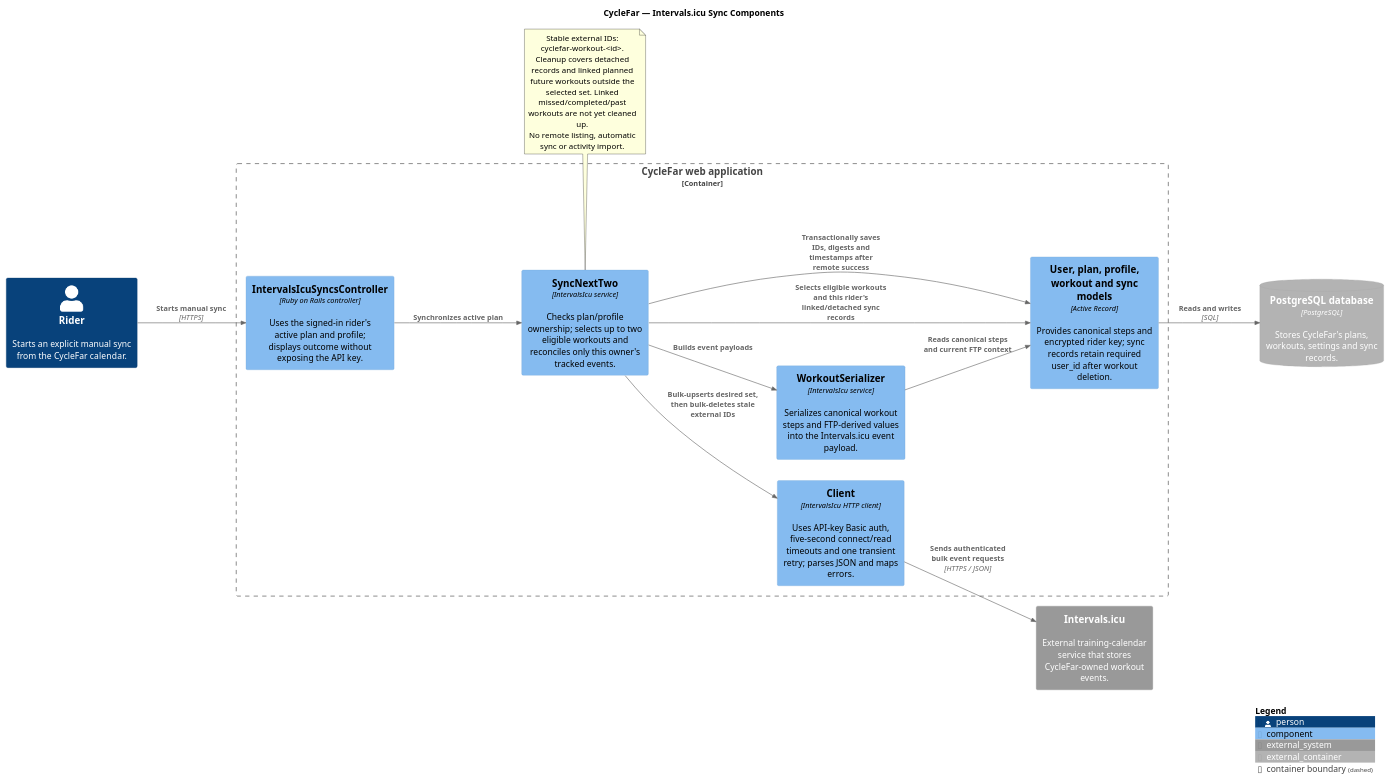
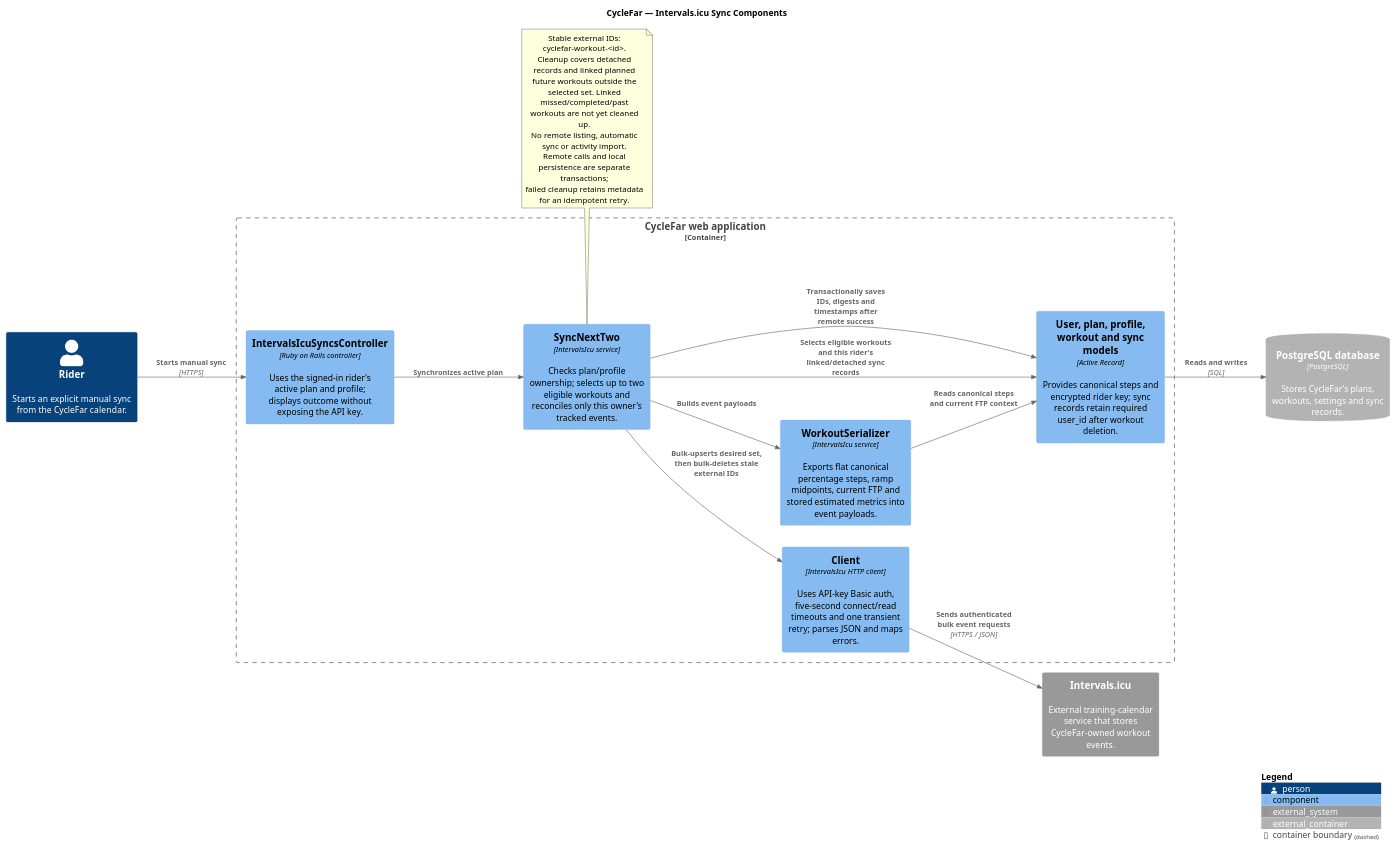
One commit to richardhartme/cyclefar changed the diagram in docs/diagrams/cyclefar-intervals-icu-sync-components.puml. Above: the diagram before and after it, drawn with PlantUML. The commit also changed 19 other files, not shown here.

Commit message:
Refresh documentation and architecture diagrams for current implementation

```diff
--- a/docs/diagrams/cyclefar-intervals-icu-sync-components.puml
+++ b/docs/diagrams/cyclefar-intervals-icu-sync-components.puml
@@ -1,40 +1,42 @@
 @startuml CycleFar Intervals ICU Sync Components
 ' Scope and limitations: README.md
 !include https://raw.githubusercontent.com/plantuml-stdlib/C4-PlantUML/master/C4_Component.puml
 
 title CycleFar — Intervals.icu Sync Components
 
 LAYOUT_LEFT_RIGHT()
 
 Person(rider, "Rider", "Starts an explicit manual sync from the CycleFar calendar.")
 System_Ext(intervals_icu, "Intervals.icu", "External training-calendar service that stores CycleFar-owned workout events.")
 ContainerDb_Ext(database, "PostgreSQL database", "PostgreSQL", "Stores CycleFar's plans, workouts, settings and sync records.")
 
 Container_Boundary(web_application, "CycleFar web application") {
   Component(controller, "IntervalsIcuSyncsController", "Ruby on Rails controller", "Uses the signed-in rider's active plan and profile; displays outcome without exposing the API key.")
   Component(sync, "SyncNextTwo", "IntervalsIcu service", "Checks plan/profile ownership; selects up to two eligible workouts and reconciles only this owner's tracked events.")
-  Component(serializer, "WorkoutSerializer", "IntervalsIcu service", "Serializes canonical workout steps and FTP-derived values into the Intervals.icu event payload.")
+  Component(serializer, "WorkoutSerializer", "IntervalsIcu service", "Exports flat canonical percentage steps, ramp midpoints, current FTP and stored estimated metrics into event payloads.")
   Component(client, "Client", "IntervalsIcu HTTP client", "Uses API-key Basic auth, five-second connect/read timeouts and one transient retry; parses JSON and maps errors.")
   Component(models, "User, plan, profile, workout and sync models", "Active Record", "Provides canonical steps and encrypted rider key; sync records retain required user_id after workout deletion.")
 }
 
 Rel(rider, controller, "Starts manual sync", "HTTPS")
 Rel(controller, sync, "Synchronizes active plan")
 Rel(sync, models, "Selects eligible workouts and this rider's linked/detached sync records")
 Rel(sync, serializer, "Builds event payloads")
 Rel(serializer, models, "Reads canonical steps and current FTP context")
 Rel(sync, client, "Bulk-upserts desired set, then bulk-deletes stale external IDs")
 Rel(client, intervals_icu, "Sends authenticated bulk event requests", "HTTPS / JSON")
 Rel(sync, models, "Transactionally saves IDs, digests and timestamps after remote success")
 Rel(models, database, "Reads and writes", "SQL")
 
 note bottom of sync
   Stable external IDs: cyclefar-workout-<id>.
   Cleanup covers detached records and linked planned
   future workouts outside the selected set. Linked
   missed/completed/past workouts are not yet cleaned up.
   No remote listing, automatic sync or activity import.
+  Remote calls and local persistence are separate transactions;
+  failed cleanup retains metadata for an idempotent retry.
 end note
 
 SHOW_LEGEND()
 @enduml
```
